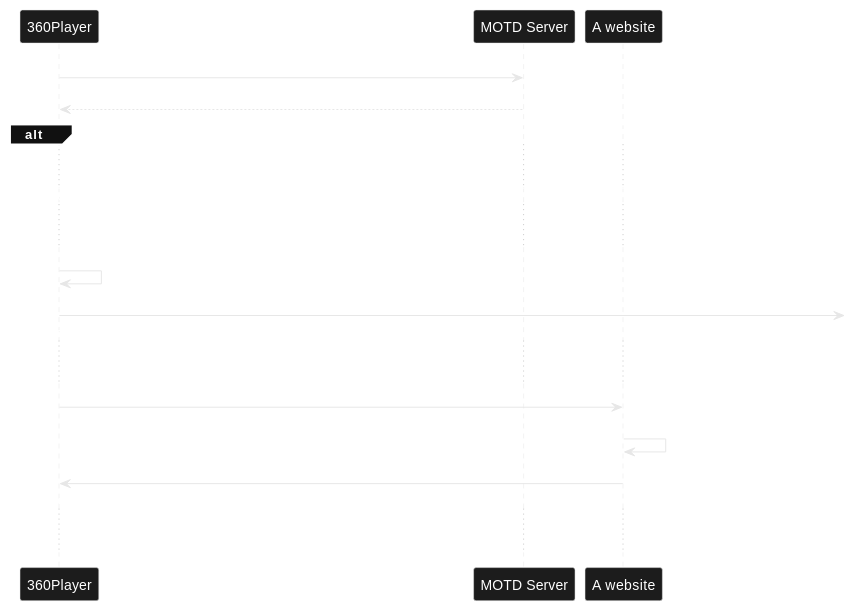
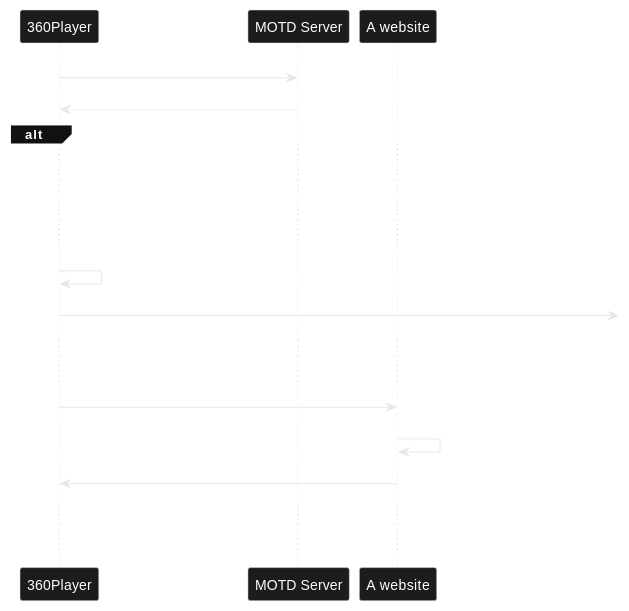
Before and after one commit to BIVROST/360PlayerWindows: the diagram in MOTD/MOTD.md, drawn with PlantUML. The commit also changed other lines of this file and 2 other files, not shown here.

Commit message:
MOTD: proper API and extended MOTDBridge with output (notifications, popup) handlers.

````diff
--- a/MOTD/MOTD.md
+++ b/MOTD/MOTD.md
@@ -6,31 +6,31 @@
 ```plantuml
 skinparam monochrome reverse
 skinparam backgroundColor transparent
 
-"360Player" -> "MOTD Server": send GET HTTP request with product name, current version and installId
+"360Player" -> "MOTD Server": send HTTP request with app details
 "MOTD Server" --> "360Player": json with an action
 
 alt type=none
 
 ... nothing happens ...
 else type=notification
 
 ... a toast is displayed with an optional link ...
 
 "360Player" -> "360Player": the user clicks on a link
 "360Player" ->  : link launched by a notification's url
 
 else type=popup
 
 ... a popup with a website is displayed ....
 
 "360Player" -> "A website": embedded webpage in a popup
 "A website" -> "A website": additional resources are loaded
 "A website" -> "360Player": optionally, a callback might happen
 
 else an error occured with the MOTD server
 
-... nothing happens ...
+... nothing happens, error is logged ...
 
 end
 ```
````
